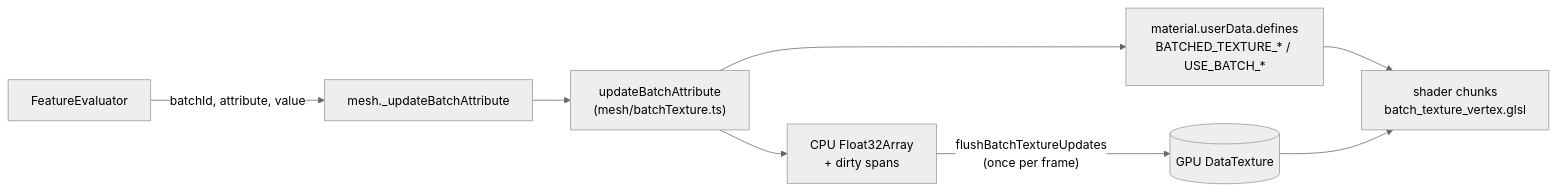
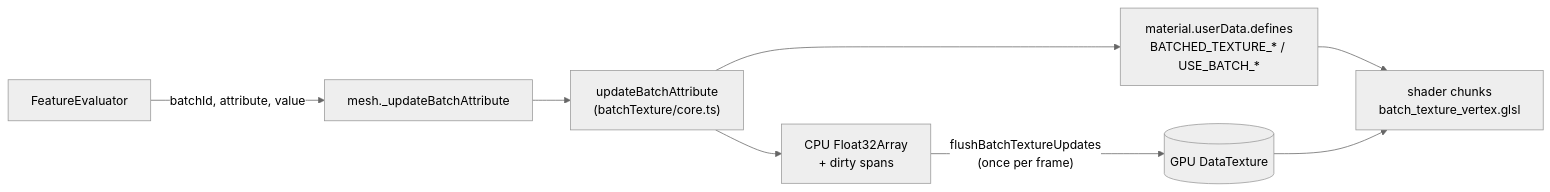
One commit to maplibre/navara changed the first of 3 diagrams in guide/BATCH_TEXTURE.md. Above: the diagram before and after it, drawn with Mermaid (neutral theme).

````diff
--- a/guide/BATCH_TEXTURE.md
+++ b/guide/BATCH_TEXTURE.md
@@ -20,10 +20,10 @@
 ```mermaid
 flowchart LR
     E[FeatureEvaluator] -->|"batchId, attribute, value"| M["mesh._updateBatchAttribute"]
-    M --> B["updateBatchAttribute<br/>(mesh/batchTexture.ts)"]
+    M --> B["updateBatchAttribute<br/>(batchTexture/core.ts)"]
     B --> D["material.userData.defines<br/>BATCHED_TEXTURE_* / USE_BATCH_*"]
     B --> T["CPU Float32Array<br/>+ dirty spans"]
     T -->|"flushBatchTextureUpdates<br/>(once per frame)"| G[(GPU DataTexture)]
     D --> S["shader chunks<br/>batch_texture_vertex.glsl"]
     G --> S
 ```
````
